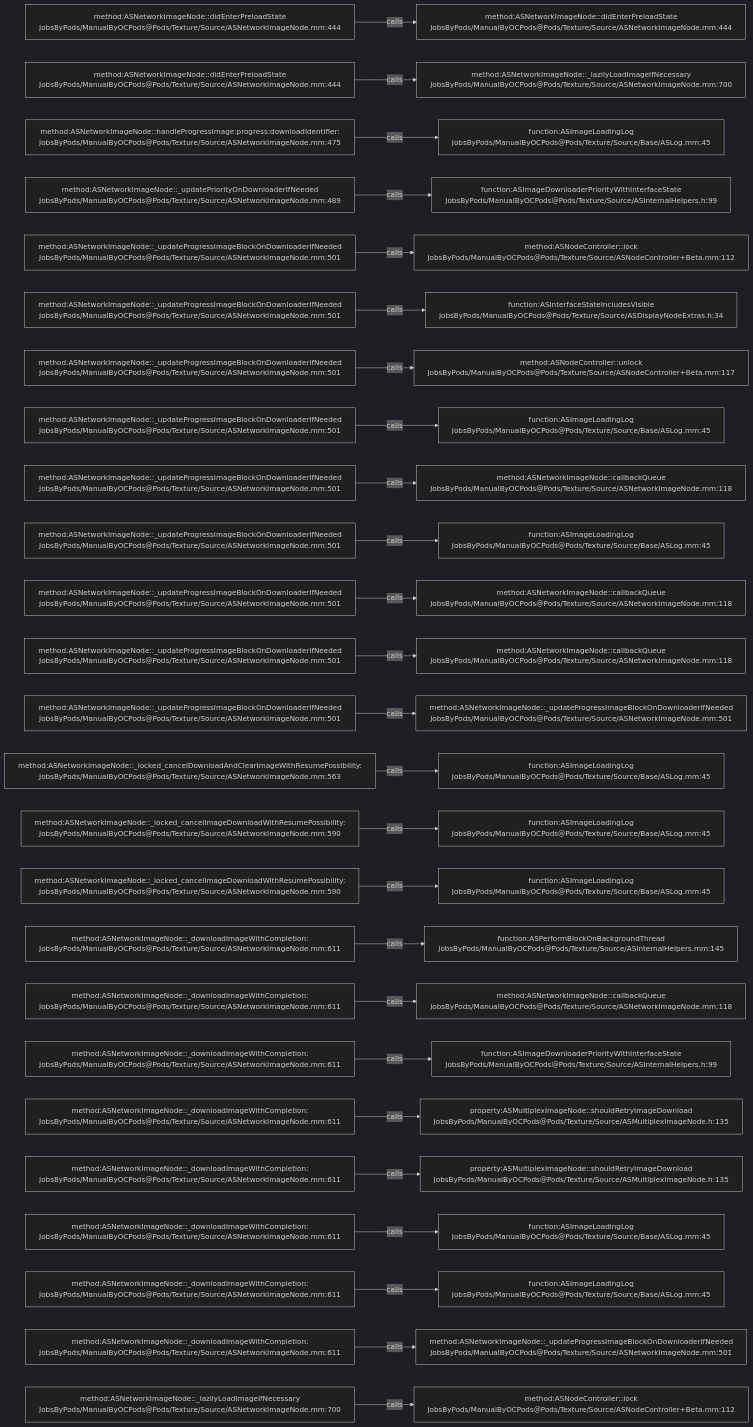
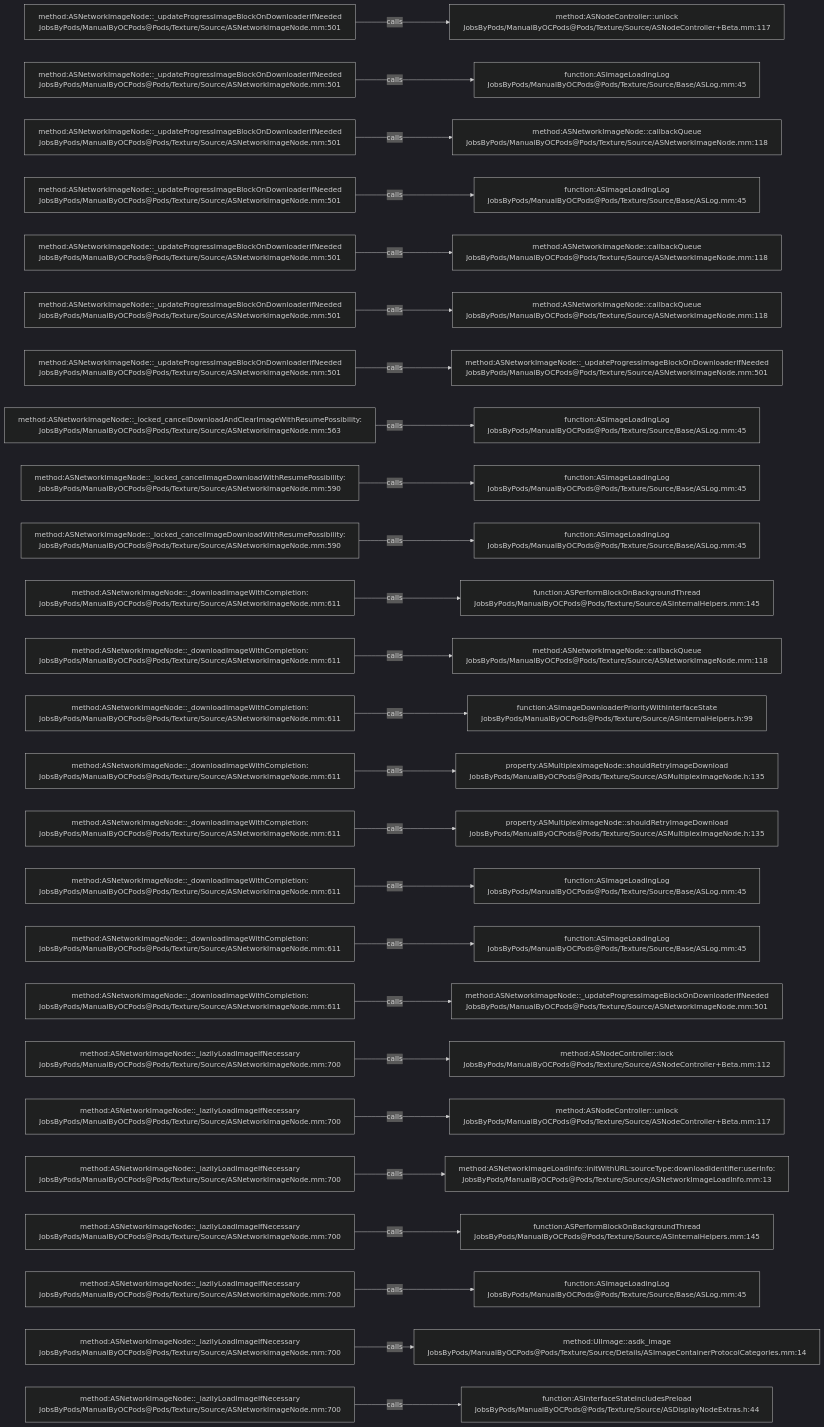
The diagram in .codegraph/codegraph.md/graphs/calls-110.md (JobsKits/JobsOCBaseConfigDemo), drawn with Mermaid (dark theme) before and after one commit. The commit also changed 666 other files, not shown here.

````diff
--- a/.codegraph/codegraph.md/graphs/calls-110.md
+++ b/.codegraph/codegraph.md/graphs/calls-110.md
@@ -13,78 +13,78 @@
 ```mermaid
 flowchart LR
-  S1["method:ASNetworkImageNode::didEnterPreloadState<br/>JobsByPods/ManualByOCPods@Pods/Texture/Source/ASNetworkImageNode.mm:444"]
-  T1["method:ASNetworkImageNode::didEnterPreloadState<br/>JobsByPods/ManualByOCPods@Pods/Texture/Source/ASNetworkImageNode.mm:444"]
+  S1["method:ASNetworkImageNode::_updateProgressImageBlockOnDownloaderIfNeeded<br/>JobsByPods/ManualByOCPods@Pods/Texture/Source/ASNetworkImageNode.mm:501"]
+  T1["method:ASNodeController::unlock<br/>JobsByPods/ManualByOCPods@Pods/Texture/Source/ASNodeController+Beta.mm:117"]
   S1 -->|calls| T1
-  S2["method:ASNetworkImageNode::didEnterPreloadState<br/>JobsByPods/ManualByOCPods@Pods/Texture/Source/ASNetworkImageNode.mm:444"]
-  T2["method:ASNetworkImageNode::_lazilyLoadImageIfNecessary<br/>JobsByPods/ManualByOCPods@Pods/Texture/Source/ASNetworkImageNode.mm:700"]
+  S2["method:ASNetworkImageNode::_updateProgressImageBlockOnDownloaderIfNeeded<br/>JobsByPods/ManualByOCPods@Pods/Texture/Source/ASNetworkImageNode.mm:501"]
+  T2["function:ASImageLoadingLog<br/>JobsByPods/ManualByOCPods@Pods/Texture/Source/Base/ASLog.mm:45"]
   S2 -->|calls| T2
-  S3["method:ASNetworkImageNode::handleProgressImage:progress:downloadIdentifier:<br/>JobsByPods/ManualByOCPods@Pods/Texture/Source/ASNetworkImageNode.mm:475"]
-  T3["function:ASImageLoadingLog<br/>JobsByPods/ManualByOCPods@Pods/Texture/Source/Base/ASLog.mm:45"]
+  S3["method:ASNetworkImageNode::_updateProgressImageBlockOnDownloaderIfNeeded<br/>JobsByPods/ManualByOCPods@Pods/Texture/Source/ASNetworkImageNode.mm:501"]
+  T3["method:ASNetworkImageNode::callbackQueue<br/>JobsByPods/ManualByOCPods@Pods/Texture/Source/ASNetworkImageNode.mm:118"]
   S3 -->|calls| T3
-  S4["method:ASNetworkImageNode::_updatePriorityOnDownloaderIfNeeded<br/>JobsByPods/ManualByOCPods@Pods/Texture/Source/ASNetworkImageNode.mm:489"]
-  T4["function:ASImageDownloaderPriorityWithInterfaceState<br/>JobsByPods/ManualByOCPods@Pods/Texture/Source/ASInternalHelpers.h:99"]
+  S4["method:ASNetworkImageNode::_updateProgressImageBlockOnDownloaderIfNeeded<br/>JobsByPods/ManualByOCPods@Pods/Texture/Source/ASNetworkImageNode.mm:501"]
+  T4["function:ASImageLoadingLog<br/>JobsByPods/ManualByOCPods@Pods/Texture/Source/Base/ASLog.mm:45"]
   S4 -->|calls| T4
   S5["method:ASNetworkImageNode::_updateProgressImageBlockOnDownloaderIfNeeded<br/>JobsByPods/ManualByOCPods@Pods/Texture/Source/ASNetworkImageNode.mm:501"]
-  T5["method:ASNodeController::lock<br/>JobsByPods/ManualByOCPods@Pods/Texture/Source/ASNodeController+Beta.mm:112"]
+  T5["method:ASNetworkImageNode::callbackQueue<br/>JobsByPods/ManualByOCPods@Pods/Texture/Source/ASNetworkImageNode.mm:118"]
   S5 -->|calls| T5
   S6["method:ASNetworkImageNode::_updateProgressImageBlockOnDownloaderIfNeeded<br/>JobsByPods/ManualByOCPods@Pods/Texture/Source/ASNetworkImageNode.mm:501"]
-  T6["function:ASInterfaceStateIncludesVisible<br/>JobsByPods/ManualByOCPods@Pods/Texture/Source/ASDisplayNodeExtras.h:34"]
+  T6["method:ASNetworkImageNode::callbackQueue<br/>JobsByPods/ManualByOCPods@Pods/Texture/Source/ASNetworkImageNode.mm:118"]
   S6 -->|calls| T6
   S7["method:ASNetworkImageNode::_updateProgressImageBlockOnDownloaderIfNeeded<br/>JobsByPods/ManualByOCPods@Pods/Texture/Source/ASNetworkImageNode.mm:501"]
-  T7["method:ASNodeController::unlock<br/>JobsByPods/ManualByOCPods@Pods/Texture/Source/ASNodeController+Beta.mm:117"]
+  T7["method:ASNetworkImageNode::_updateProgressImageBlockOnDownloaderIfNeeded<br/>JobsByPods/ManualByOCPods@Pods/Texture/Source/ASNetworkImageNode.mm:501"]
   S7 -->|calls| T7
-  S8["method:ASNetworkImageNode::_updateProgressImageBlockOnDownloaderIfNeeded<br/>JobsByPods/ManualByOCPods@Pods/Texture/Source/ASNetworkImageNode.mm:501"]
+  S8["method:ASNetworkImageNode::_locked_cancelDownloadAndClearImageWithResumePossibility:<br/>JobsByPods/ManualByOCPods@Pods/Texture/Source/ASNetworkImageNode.mm:563"]
   T8["function:ASImageLoadingLog<br/>JobsByPods/ManualByOCPods@Pods/Texture/Source/Base/ASLog.mm:45"]
   S8 -->|calls| T8
-  S9["method:ASNetworkImageNode::_updateProgressImageBlockOnDownloaderIfNeeded<br/>JobsByPods/ManualByOCPods@Pods/Texture/Source/ASNetworkImageNode.mm:501"]
-  T9["method:ASNetworkImageNode::callbackQueue<br/>JobsByPods/ManualByOCPods@Pods/Texture/Source/ASNetworkImageNode.mm:118"]
+  S9["method:ASNetworkImageNode::_locked_cancelImageDownloadWithResumePossibility:<br/>JobsByPods/ManualByOCPods@Pods/Texture/Source/ASNetworkImageNode.mm:590"]
+  T9["function:ASImageLoadingLog<br/>JobsByPods/ManualByOCPods@Pods/Texture/Source/Base/ASLog.mm:45"]
   S9 -->|calls| T9
-  S10["method:ASNetworkImageNode::_updateProgressImageBlockOnDownloaderIfNeeded<br/>JobsByPods/ManualByOCPods@Pods/Texture/Source/ASNetworkImageNode.mm:501"]
+  S10["method:ASNetworkImageNode::_locked_cancelImageDownloadWithResumePossibility:<br/>JobsByPods/ManualByOCPods@Pods/Texture/Source/ASNetworkImageNode.mm:590"]
   T10["function:ASImageLoadingLog<br/>JobsByPods/ManualByOCPods@Pods/Texture/Source/Base/ASLog.mm:45"]
   S10 -->|calls| T10
-  S11["method:ASNetworkImageNode::_updateProgressImageBlockOnDownloaderIfNeeded<br/>JobsByPods/ManualByOCPods@Pods/Texture/Source/ASNetworkImageNode.mm:501"]
-  T11["method:ASNetworkImageNode::callbackQueue<br/>JobsByPods/ManualByOCPods@Pods/Texture/Source/ASNetworkImageNode.mm:118"]
+  S11["method:ASNetworkImageNode::_downloadImageWithCompletion:<br/>JobsByPods/ManualByOCPods@Pods/Texture/Source/ASNetworkImageNode.mm:611"]
+  T11["function:ASPerformBlockOnBackgroundThread<br/>JobsByPods/ManualByOCPods@Pods/Texture/Source/ASInternalHelpers.mm:145"]
   S11 -->|calls| T11
-  S12["method:ASNetworkImageNode::_updateProgressImageBlockOnDownloaderIfNeeded<br/>JobsByPods/ManualByOCPods@Pods/Texture/Source/ASNetworkImageNode.mm:501"]
+  S12["method:ASNetworkImageNode::_downloadImageWithCompletion:<br/>JobsByPods/ManualByOCPods@Pods/Texture/Source/ASNetworkImageNode.mm:611"]
   T12["method:ASNetworkImageNode::callbackQueue<br/>JobsByPods/ManualByOCPods@Pods/Texture/Source/ASNetworkImageNode.mm:118"]
   S12 -->|calls| T12
-  S13["method:ASNetworkImageNode::_updateProgressImageBlockOnDownloaderIfNeeded<br/>JobsByPods/ManualByOCPods@Pods/Texture/Source/ASNetworkImageNode.mm:501"]
-  T13["method:ASNetworkImageNode::_updateProgressImageBlockOnDownloaderIfNeeded<br/>JobsByPods/ManualByOCPods@Pods/Texture/Source/ASNetworkImageNode.mm:501"]
+  S13["method:ASNetworkImageNode::_downloadImageWithCompletion:<br/>JobsByPods/ManualByOCPods@Pods/Texture/Source/ASNetworkImageNode.mm:611"]
+  T13["function:ASImageDownloaderPriorityWithInterfaceState<br/>JobsByPods/ManualByOCPods@Pods/Texture/Source/ASInternalHelpers.h:99"]
   S13 -->|calls| T13
-  S14["method:ASNetworkImageNode::_locked_cancelDownloadAndClearImageWithResumePossibility:<br/>JobsByPods/ManualByOCPods@Pods/Texture/Source/ASNetworkImageNode.mm:563"]
-  T14["function:ASImageLoadingLog<br/>JobsByPods/ManualByOCPods@Pods/Texture/Source/Base/ASLog.mm:45"]
+  S14["method:ASNetworkImageNode::_downloadImageWithCompletion:<br/>JobsByPods/ManualByOCPods@Pods/Texture/Source/ASNetworkImageNode.mm:611"]
+  T14["property:ASMultiplexImageNode::shouldRetryImageDownload<br/>JobsByPods/ManualByOCPods@Pods/Texture/Source/ASMultiplexImageNode.h:135"]
   S14 -->|calls| T14
-  S15["method:ASNetworkImageNode::_locked_cancelImageDownloadWithResumePossibility:<br/>JobsByPods/ManualByOCPods@Pods/Texture/Source/ASNetworkImageNode.mm:590"]
-  T15["function:ASImageLoadingLog<br/>JobsByPods/ManualByOCPods@Pods/Texture/Source/Base/ASLog.mm:45"]
+  S15["method:ASNetworkImageNode::_downloadImageWithCompletion:<br/>JobsByPods/ManualByOCPods@Pods/Texture/Source/ASNetworkImageNode.mm:611"]
+  T15["property:ASMultiplexImageNode::shouldRetryImageDownload<br/>JobsByPods/ManualByOCPods@Pods/Texture/Source/ASMultiplexImageNode.h:135"]
   S15 -->|calls| T15
-  S16["method:ASNetworkImageNode::_locked_cancelImageDownloadWithResumePossibility:<br/>JobsByPods/ManualByOCPods@Pods/Texture/Source/ASNetworkImageNode.mm:590"]
+  S16["method:ASNetworkImageNode::_downloadImageWithCompletion:<br/>JobsByPods/ManualByOCPods@Pods/Texture/Source/ASNetworkImageNode.mm:611"]
   T16["function:ASImageLoadingLog<br/>JobsByPods/ManualByOCPods@Pods/Texture/Source/Base/ASLog.mm:45"]
   S16 -->|calls| T16
   S17["method:ASNetworkImageNode::_downloadImageWithCompletion:<br/>JobsByPods/ManualByOCPods@Pods/Texture/Source/ASNetworkImageNode.mm:611"]
-  T17["function:ASPerformBlockOnBackgroundThread<br/>JobsByPods/ManualByOCPods@Pods/Texture/Source/ASInternalHelpers.mm:145"]
+  T17["function:ASImageLoadingLog<br/>JobsByPods/ManualByOCPods@Pods/Texture/Source/Base/ASLog.mm:45"]
   S17 -->|calls| T17
   S18["method:ASNetworkImageNode::_downloadImageWithCompletion:<br/>JobsByPods/ManualByOCPods@Pods/Texture/Source/ASNetworkImageNode.mm:611"]
-  T18["method:ASNetworkImageNode::callbackQueue<br/>JobsByPods/ManualByOCPods@Pods/Texture/Source/ASNetworkImageNode.mm:118"]
+  T18["method:ASNetworkImageNode::_updateProgressImageBlockOnDownloaderIfNeeded<br/>JobsByPods/ManualByOCPods@Pods/Texture/Source/ASNetworkImageNode.mm:501"]
   S18 -->|calls| T18
-  S19["method:ASNetworkImageNode::_downloadImageWithCompletion:<br/>JobsByPods/ManualByOCPods@Pods/Texture/Source/ASNetworkImageNode.mm:611"]
-  T19["function:ASImageDownloaderPriorityWithInterfaceState<br/>JobsByPods/ManualByOCPods@Pods/Texture/Source/ASInternalHelpers.h:99"]
+  S19["method:ASNetworkImageNode::_lazilyLoadImageIfNecessary<br/>JobsByPods/ManualByOCPods@Pods/Texture/Source/ASNetworkImageNode.mm:700"]
+  T19["method:ASNodeController::lock<br/>JobsByPods/ManualByOCPods@Pods/Texture/Source/ASNodeController+Beta.mm:112"]
   S19 -->|calls| T19
-  S20["method:ASNetworkImageNode::_downloadImageWithCompletion:<br/>JobsByPods/ManualByOCPods@Pods/Texture/Source/ASNetworkImageNode.mm:611"]
-  T20["property:ASMultiplexImageNode::shouldRetryImageDownload<br/>JobsByPods/ManualByOCPods@Pods/Texture/Source/ASMultiplexImageNode.h:135"]
+  S20["method:ASNetworkImageNode::_lazilyLoadImageIfNecessary<br/>JobsByPods/ManualByOCPods@Pods/Texture/Source/ASNetworkImageNode.mm:700"]
+  T20["method:ASNodeController::unlock<br/>JobsByPods/ManualByOCPods@Pods/Texture/Source/ASNodeController+Beta.mm:117"]
   S20 -->|calls| T20
-  S21["method:ASNetworkImageNode::_downloadImageWithCompletion:<br/>JobsByPods/ManualByOCPods@Pods/Texture/Source/ASNetworkImageNode.mm:611"]
-  T21["property:ASMultiplexImageNode::shouldRetryImageDownload<br/>JobsByPods/ManualByOCPods@Pods/Texture/Source/ASMultiplexImageNode.h:135"]
+  S21["method:ASNetworkImageNode::_lazilyLoadImageIfNecessary<br/>JobsByPods/ManualByOCPods@Pods/Texture/Source/ASNetworkImageNode.mm:700"]
+  T21["method:ASNetworkImageLoadInfo::initWithURL:sourceType:downloadIdentifier:userInfo:<br/>JobsByPods/ManualByOCPods@Pods/Texture/Source/ASNetworkImageLoadInfo.mm:13"]
   S21 -->|calls| T21
-  S22["method:ASNetworkImageNode::_downloadImageWithCompletion:<br/>JobsByPods/ManualByOCPods@Pods/Texture/Source/ASNetworkImageNode.mm:611"]
-  T22["function:ASImageLoadingLog<br/>JobsByPods/ManualByOCPods@Pods/Texture/Source/Base/ASLog.mm:45"]
+  S22["method:ASNetworkImageNode::_lazilyLoadImageIfNecessary<br/>JobsByPods/ManualByOCPods@Pods/Texture/Source/ASNetworkImageNode.mm:700"]
+  T22["function:ASPerformBlockOnBackgroundThread<br/>JobsByPods/ManualByOCPods@Pods/Texture/Source/ASInternalHelpers.mm:145"]
   S22 -->|calls| T22
-  S23["method:ASNetworkImageNode::_downloadImageWithCompletion:<br/>JobsByPods/ManualByOCPods@Pods/Texture/Source/ASNetworkImageNode.mm:611"]
+  S23["method:ASNetworkImageNode::_lazilyLoadImageIfNecessary<br/>JobsByPods/ManualByOCPods@Pods/Texture/Source/ASNetworkImageNode.mm:700"]
   T23["function:ASImageLoadingLog<br/>JobsByPods/ManualByOCPods@Pods/Texture/Source/Base/ASLog.mm:45"]
   S23 -->|calls| T23
-  S24["method:ASNetworkImageNode::_downloadImageWithCompletion:<br/>JobsByPods/ManualByOCPods@Pods/Texture/Source/ASNetworkImageNode.mm:611"]
-  T24["method:ASNetworkImageNode::_updateProgressImageBlockOnDownloaderIfNeeded<br/>JobsByPods/ManualByOCPods@Pods/Texture/Source/ASNetworkImageNode.mm:501"]
+  S24["method:ASNetworkImageNode::_lazilyLoadImageIfNecessary<br/>JobsByPods/ManualByOCPods@Pods/Texture/Source/ASNetworkImageNode.mm:700"]
+  T24["method:UIImage::asdk_image<br/>JobsByPods/ManualByOCPods@Pods/Texture/Source/Details/ASImageContainerProtocolCategories.mm:14"]
   S24 -->|calls| T24
   S25["method:ASNetworkImageNode::_lazilyLoadImageIfNecessary<br/>JobsByPods/ManualByOCPods@Pods/Texture/Source/ASNetworkImageNode.mm:700"]
-  T25["method:ASNodeController::lock<br/>JobsByPods/ManualByOCPods@Pods/Texture/Source/ASNodeController+Beta.mm:112"]
+  T25["function:ASInterfaceStateIncludesPreload<br/>JobsByPods/ManualByOCPods@Pods/Texture/Source/ASDisplayNodeExtras.h:44"]
   S25 -->|calls| T25
 ```
````
